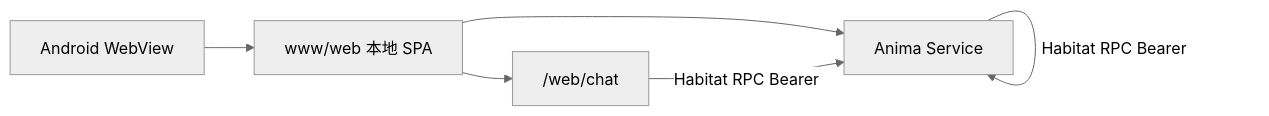
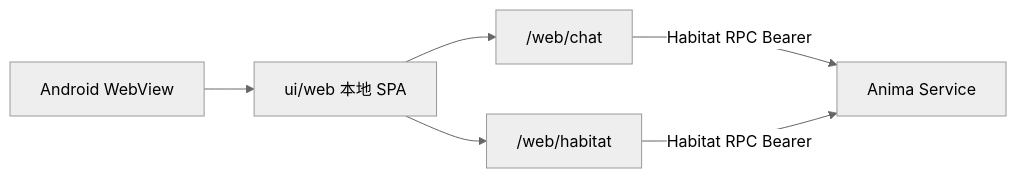
Before and after one commit to freeanima-org/freeanima: the diagram in docs/features/mobile-app.md, drawn with Mermaid (neutral theme). The commit also changed other lines of this file and 238 other files, not shown here.

````diff
--- a/docs/features/mobile-app.md
+++ b/docs/features/mobile-app.md
@@ -22,14 +22,14 @@
 ```mermaid
 flowchart LR
   Phone[Android WebView]
-  Local["www/web 本地 SPA"]
+  Local["ui/web 本地 SPA"]
   Chat["/web/chat"]
-  Habitat["/web/habitat"]
-  Habitat[Anima Service]
+  HabitatUI["/web/habitat"]
+  HabitatSvc[Anima Service]
 
   Phone --> Local
   Local --> Chat
-  Local --> Habitat
-  Chat -->|Habitat RPC Bearer| Habitat
-  Habitat -->|Habitat RPC Bearer| Habitat
+  Local --> HabitatUI
+  Chat -->|Habitat RPC Bearer| HabitatSvc
+  HabitatUI -->|Habitat RPC Bearer| HabitatSvc
 ```
````
